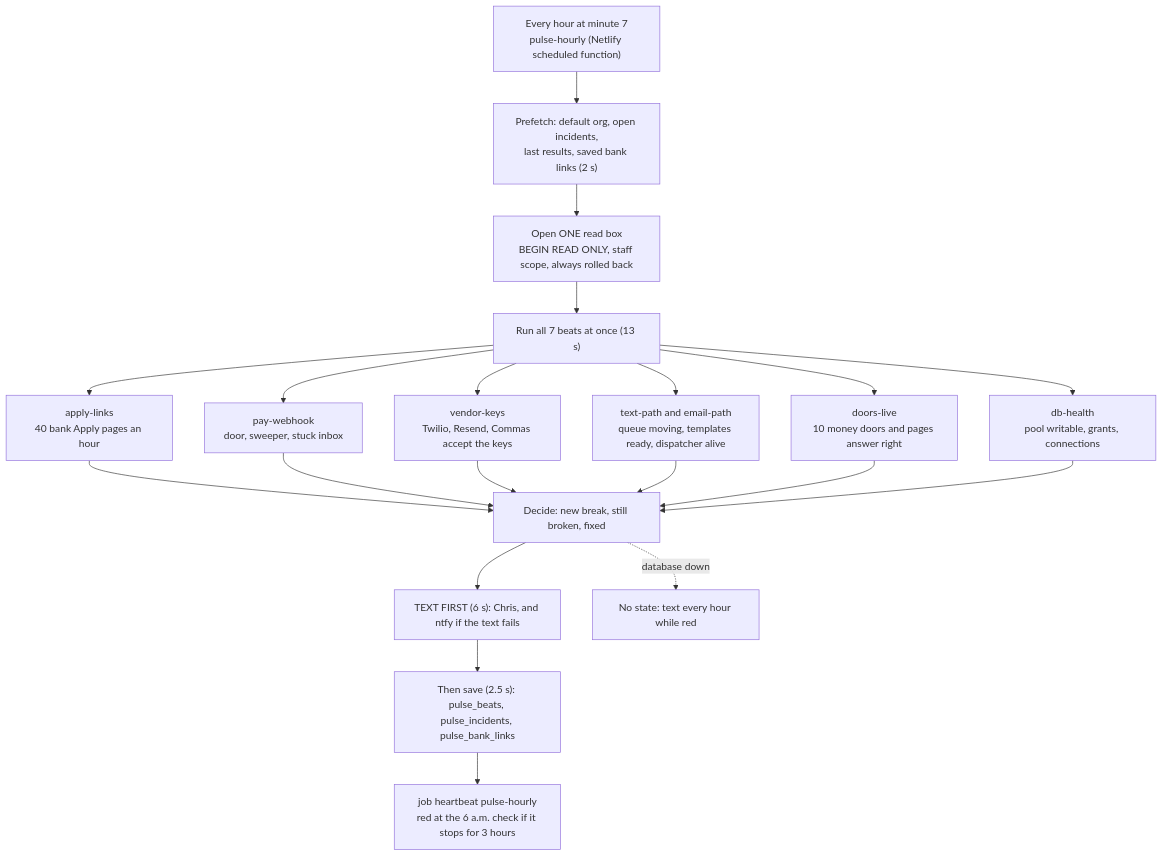
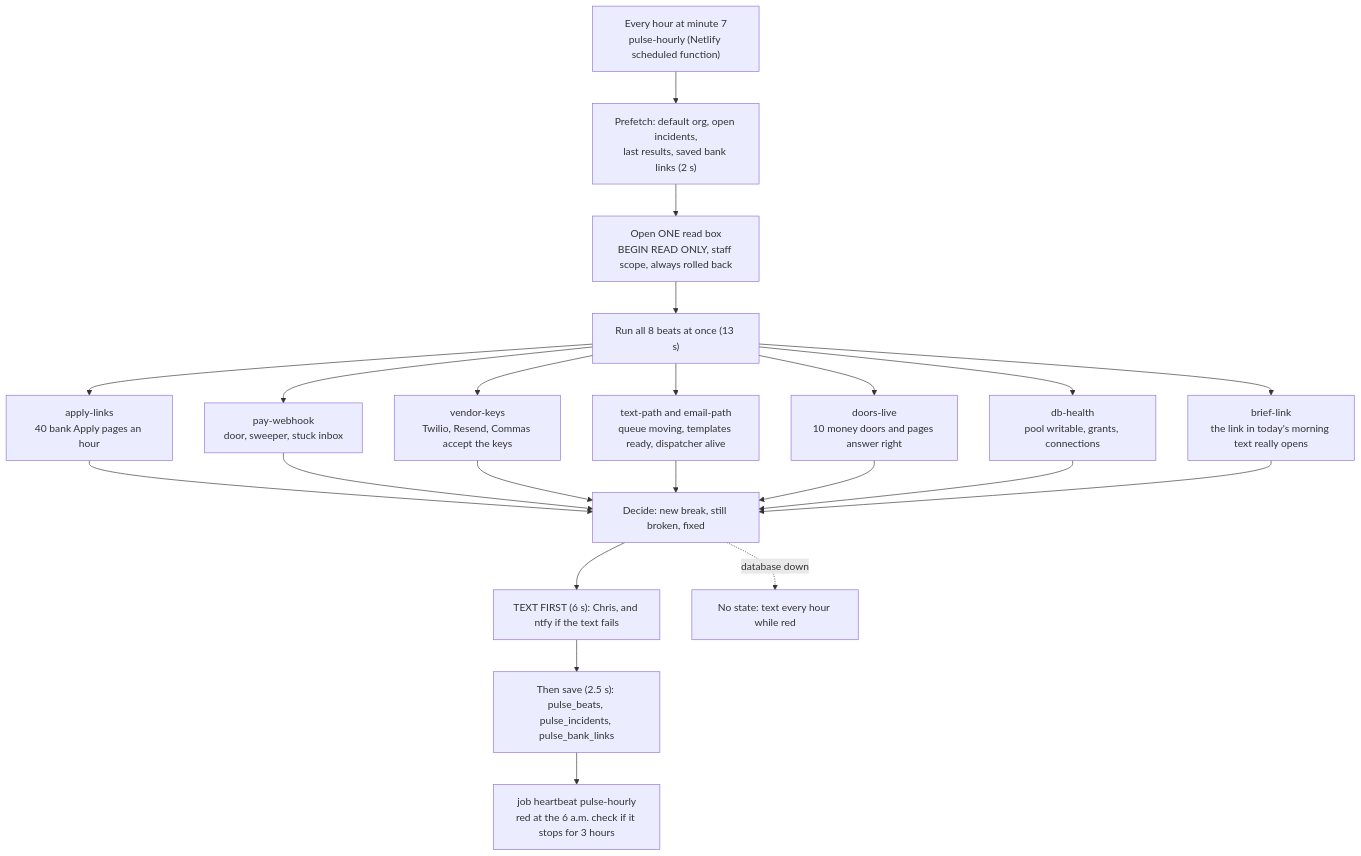
Before and after one commit to ZootimusMaximusSupreme/fundhub-platform: the second of 3 diagrams in docs/journeys/heartbeat-flow.md, drawn with Mermaid. The commit also changed other lines of this file and 20 other files, not shown here.

First line of the commit message:
Build the morning report page, and make the link in the text open it with no login.

````diff
--- a/docs/journeys/heartbeat-flow.md
+++ b/docs/journeys/heartbeat-flow.md
@@ -65,22 +65,24 @@
 ```mermaid
 flowchart TD
     CLOCK["Every hour at minute 7<br/>pulse-hourly (Netlify scheduled function)"] --> PRE["Prefetch: default org, open incidents,<br/>last results, saved bank links (2 s)"]
     PRE --> BOX["Open ONE read box<br/>BEGIN READ ONLY, staff scope, always rolled back"]
-    BOX --> BEATS["Run all 7 beats at once (13 s)"]
+    BOX --> BEATS["Run all 8 beats at once (13 s)"]
     BEATS --> B1["apply-links<br/>40 bank Apply pages an hour"]
     BEATS --> B2["pay-webhook<br/>door, sweeper, stuck inbox"]
     BEATS --> B3["vendor-keys<br/>Twilio, Resend, Commas accept the keys"]
     BEATS --> B4["text-path and email-path<br/>queue moving, templates ready, dispatcher alive"]
     BEATS --> B5["doors-live<br/>10 money doors and pages answer right"]
     BEATS --> B6["db-health<br/>pool writable, grants, connections"]
+    BEATS --> B7["brief-link<br/>the link in today's morning text really opens"]
     B1 --> DECIDE["Decide: new break, still broken, fixed"]
     B2 --> DECIDE
     B3 --> DECIDE
     B4 --> DECIDE
     B5 --> DECIDE
     B6 --> DECIDE
+    B7 --> DECIDE
     DECIDE --> TEXT["TEXT FIRST (6 s): Chris, and ntfy if the text fails"]
     TEXT --> REC["Then save (2.5 s): pulse_beats, pulse_incidents, pulse_bank_links"]
     REC --> BEAT["job heartbeat pulse-hourly<br/>red at the 6 a.m. check if it stops for 3 hours"]
     DECIDE -.->|database down| FALL["No state: text every hour while red"]
 ```
````
